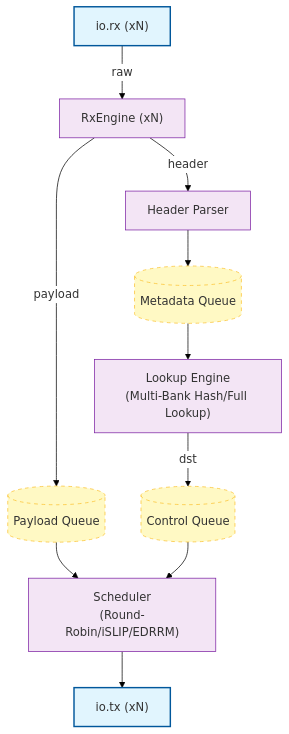
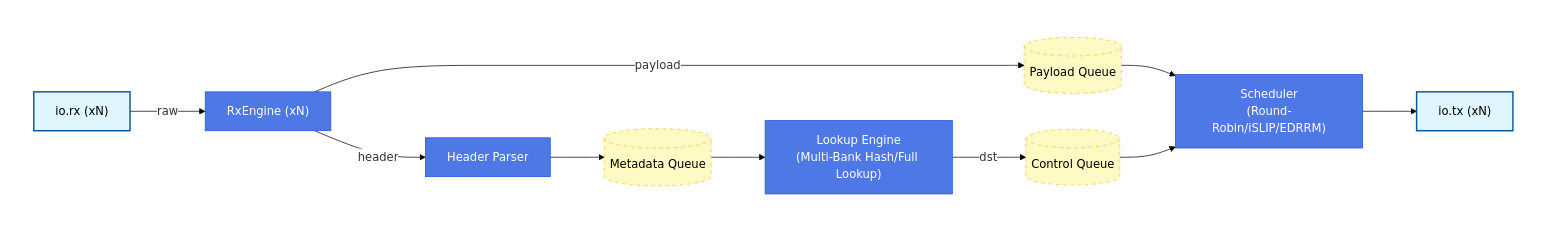
One commit to maxsu/spac-chisel changed the diagram in readme.md. Above: the diagram before and after it, drawn with Mermaid.

Commit message:
Update architecture diagram backround color in README
Subgraph node Wrapper simulates control of background color

````diff
--- a/readme.md
+++ b/readme.md
@@ -7,29 +7,34 @@
 ```mermaid
-%%{init: {'theme': 'base', 'themeVariables': { 'background': '#ffffff', 'primaryColor': '#4f78e7', 'textColor': '#ffffff', 'lineColor': '#000000', 'edgeLabelBackground':'#ffffff'}}}%%
+%%{init: {'theme': 'base', 'themeVariables': { 'lineColor': '#000000', 'edgeLabelBackground':'#ffffff'}}}%%
 flowchart TD
+    subgraph wrapper[" "]
         rx["io.rx (xN)"]
         tx["io.tx (xN)"]
         deser["RxEngine (xN)"]
         hdr["Header Parser"]
         qDATA[("Payload Queue")]
         qH[("Metadata Queue")]
         qCTRL[("Control Queue")]
         lkp["Lookup Engine<br/>(Multi-Bank Hash/Full Lookup)"]
         policy["Scheduler<br/>(Round-Robin/iSLIP/EDRRM)"]
 
-    rx -->|"raw"| deser
-    deser -->|"payload"| qDATA
-    deser -->|"header"| hdr
-    hdr --> qH --> lkp
-    lkp -->|"dst"| qCTRL
-    qDATA --> policy
-    qCTRL --> policy
-    policy --> tx
+        rx -->|"raw"| deser
+        deser -->|"payload"| qDATA
+        deser -->|"header"| hdr
+        hdr --> qH --> lkp
+        lkp -->|"dst"| qCTRL
+        qDATA --> policy
+        qCTRL --> policy
+        policy --> tx
+    end
 
-    classDef io fill:#e1f5fe,stroke:#01579b,stroke-width:2px;
-    classDef mem fill:#fff9c4,stroke:#fbc02d,stroke-dasharray: 5 5;
-    classDef logic fill:#f3e5f5,stroke:#7b1fa2;
+    classDef io fill:#e1f5fe,stroke:#01579b,stroke-width:2px,color:#000000;
+    classDef mem fill:#fff9c4,stroke:#fbc02d,stroke-dasharray: 5 5,color:#000000;
+    classDef logic fill:#4f78e7,stroke:#1d4ed8,color:#ffffff;
+    
     class rx,tx io;
     class qDATA,qH,qCTRL mem;
     class lkp,policy,deser,hdr logic;
+
+    style wrapper fill:#ffffff,stroke:none;
 ```
````
